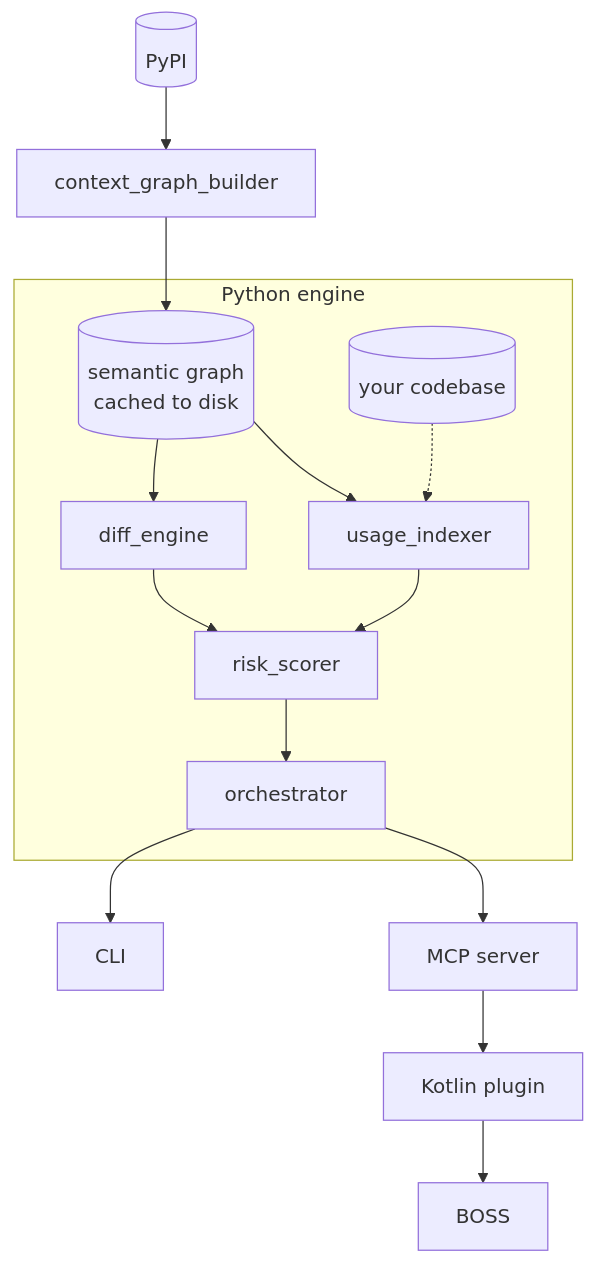
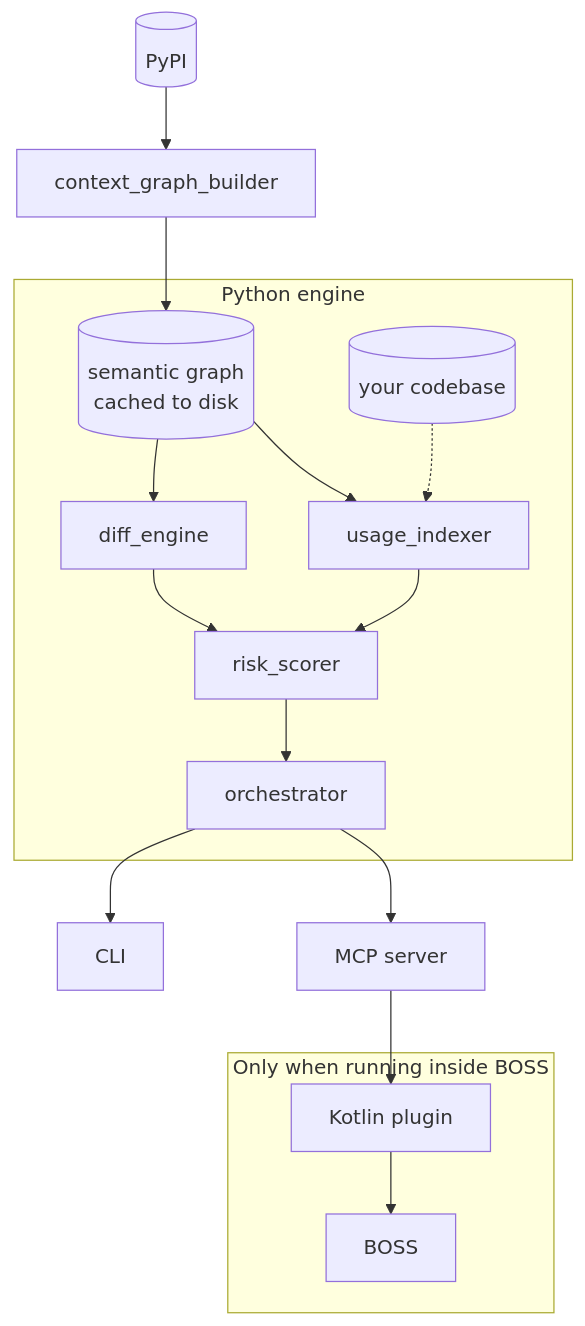
Before and after one commit to dishasingh-21/boss-plugin-PyUpgrade-Intelligence: the diagram in README.md, drawn with Mermaid. The commit also changed other lines of this file and 2 other files, not shown here.

Commit message:
Added PyUpgrade-Intelligence-Design.md. Updated the flowchart in README.md and updated the error in tarball_ingestion.py and made it more specific and informative.

````diff
--- a/README.md
+++ b/README.md
@@ -59,19 +59,25 @@
 ```mermaid
 flowchart TD
     PyPI[(PyPI)] --> CGB[context_graph_builder]
     CGB --> Graph[(semantic graph<br/>cached to disk)]
  
     subgraph engine [Python engine]
         Graph --> DE[diff_engine]
         Graph --> UI[usage_indexer]
         Repo[(your codebase)] -.-> UI
         DE --> RS[risk_scorer]
         UI --> RS
         RS --> O[orchestrator]
     end
  
     O --> CLI[CLI]
     O --> MCP[MCP server]
-    MCP --> KP[Kotlin plugin]
-    KP --> BOSS[BOSS]
+   
+    subgraph boss_only [Only when running inside BOSS]
+        KP[Kotlin plugin]
+        BOSS[BOSS]
+        KP --> BOSS
+    end
+    
+    MCP --> KP
 ```
````
